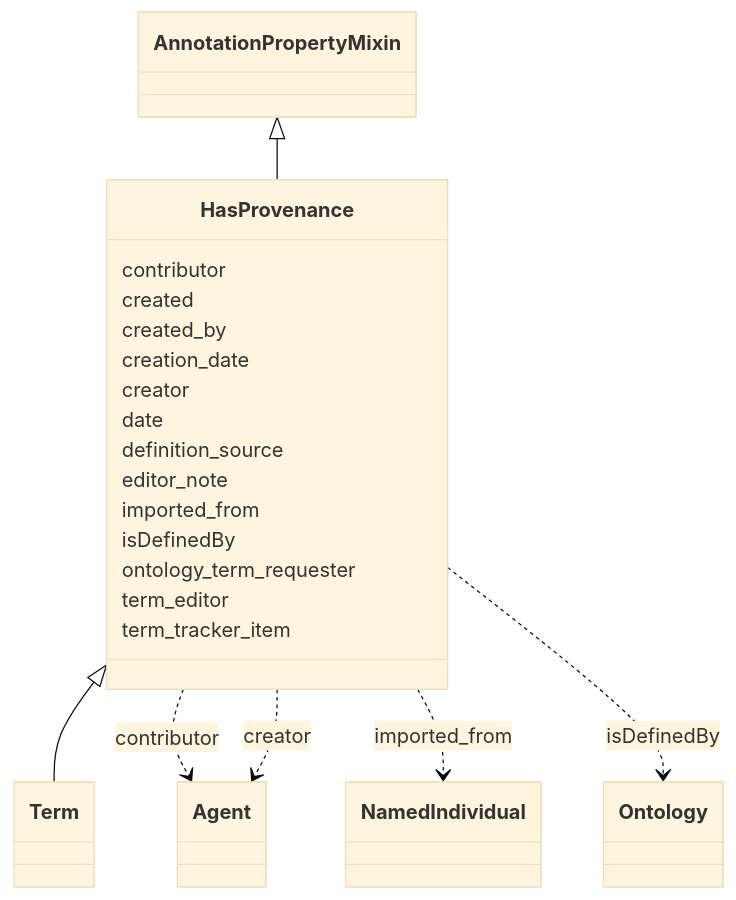
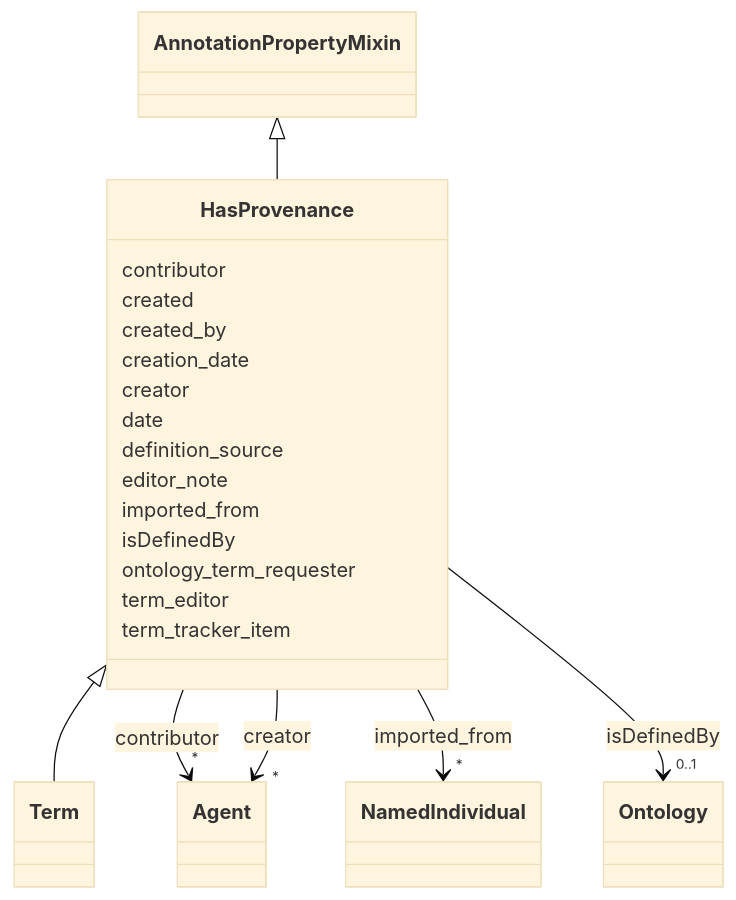
One commit to INCATools/ontology-access-kit changed the diagram in docs/datamodels/ontology-metadata/HasProvenance.md. Above: the diagram before and after it, drawn with Mermaid (base theme). The commit also changed other lines of this file and 539 other files, not shown here.

````diff
--- a/docs/datamodels/ontology-metadata/HasProvenance.md
+++ b/docs/datamodels/ontology-metadata/HasProvenance.md
@@ -9,45 +14,68 @@
 ```{mermaid}
  classDiagram
     class HasProvenance
+    click HasProvenance href "../HasProvenance"
       AnnotationPropertyMixin <|-- HasProvenance
+        click AnnotationPropertyMixin href "../AnnotationPropertyMixin"
       
 
       HasProvenance <|-- Term
+        click Term href "../Term"
       
       
       HasProvenance : contributor
         
-          HasProvenance ..> Agent : contributor
+          
+    
+    
+    HasProvenance --> "*" Agent : contributor
+    click Agent href "../Agent"
+
         
       HasProvenance : created
         
       HasProvenance : created_by
         
       HasProvenance : creation_date
         
       HasProvenance : creator
         
-          HasProvenance ..> Agent : creator
+          
+    
+    
+    HasProvenance --> "*" Agent : creator
+    click Agent href "../Agent"
+
         
       HasProvenance : date
         
       HasProvenance : definition_source
         
       HasProvenance : editor_note
         
       HasProvenance : imported_from
         
-          HasProvenance ..> NamedIndividual : imported_from
+          
+    
+    
+    HasProvenance --> "*" NamedIndividual : imported_from
+    click NamedIndividual href "../NamedIndividual"
+
         
       HasProvenance : isDefinedBy
         
-          HasProvenance ..> Ontology : isDefinedBy
+          
+    
+    
+    HasProvenance --> "0..1" Ontology : isDefinedBy
+    click Ontology href "../Ontology"
+
         
       HasProvenance : ontology_term_requester
         
       HasProvenance : term_editor
         
       HasProvenance : term_tracker_item
         
       
 ```
````
